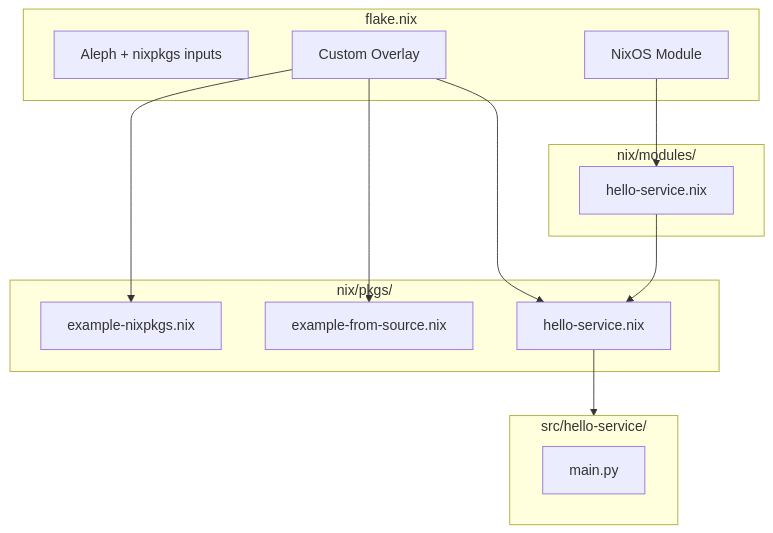
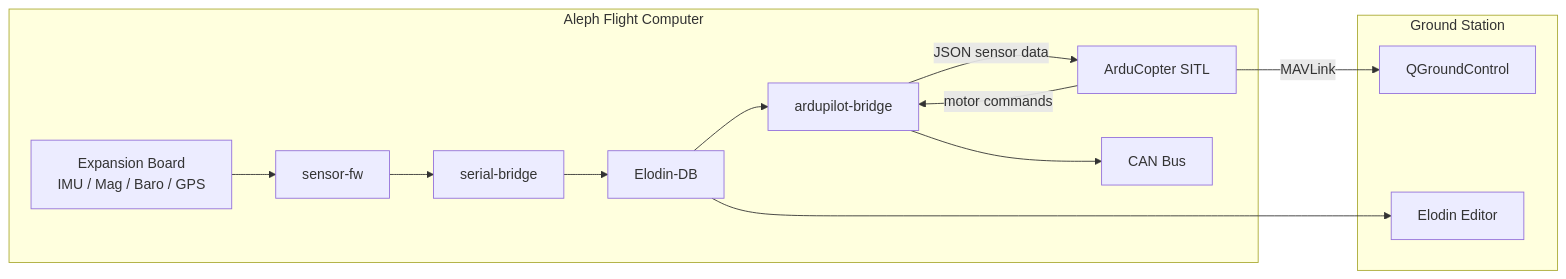
The diagram in README.md (elodin-sys/aleph-ardupilot), drawn with Mermaid before and after one commit. The commit also changed other lines of this file and 9 other files, not shown here.

````diff
--- a/README.md
+++ b/README.md
@@ -9,29 +7,26 @@
 ```mermaid
-flowchart TB
-    subgraph flake [flake.nix]
-        inputs[Aleph + nixpkgs inputs]
-        overlay[Custom Overlay]
-        module[NixOS Module]
+flowchart LR
+    subgraph aleph [Aleph Flight Computer]
+        sensors[Expansion Board\nIMU / Mag / Baro / GPS]
+        sensorFw[sensor-fw]
+        serialBridge[serial-bridge]
+        elodinDb[Elodin-DB]
+        bridge[ardupilot-bridge]
+        arducopter[ArduCopter SITL]
+        can[CAN Bus]
+
+        sensors --> sensorFw --> serialBridge --> elodinDb
+        elodinDb --> bridge
+        bridge -->|JSON sensor data| arducopter
+        arducopter -->|motor commands| bridge
+        bridge --> can
     end
-    
-    subgraph pkgs [nix/pkgs/]
-        nixpkgEx[example-nixpkgs.nix]
-        sourceEx[example-from-source.nix]
-        helloPkg[hello-service.nix]
+
+    subgraph gcs [Ground Station]
+        qgc[QGroundControl]
+        elodinEditor[Elodin Editor]
     end
-    
-    subgraph mods [nix/modules/]
-        helloMod[hello-service.nix]
-    end
-    
-    subgraph src [src/hello-service/]
-        mainPy[main.py]
-    end
-    
-    overlay --> nixpkgEx
-    overlay --> sourceEx
-    overlay --> helloPkg
-    module --> helloMod
-    helloPkg --> src
-    helloMod --> helloPkg
+
+    arducopter -->|MAVLink| qgc
+    elodinDb --> elodinEditor
 ```
````
